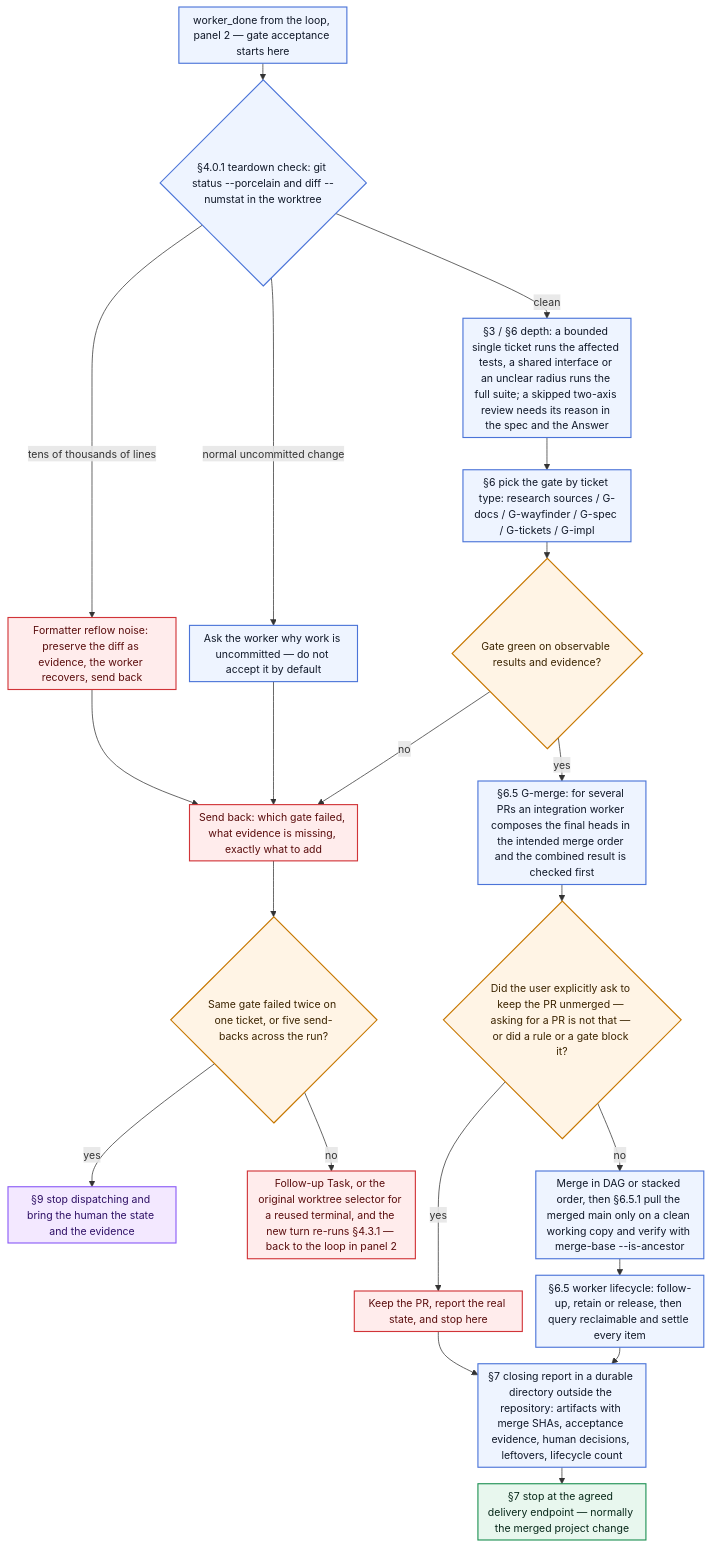
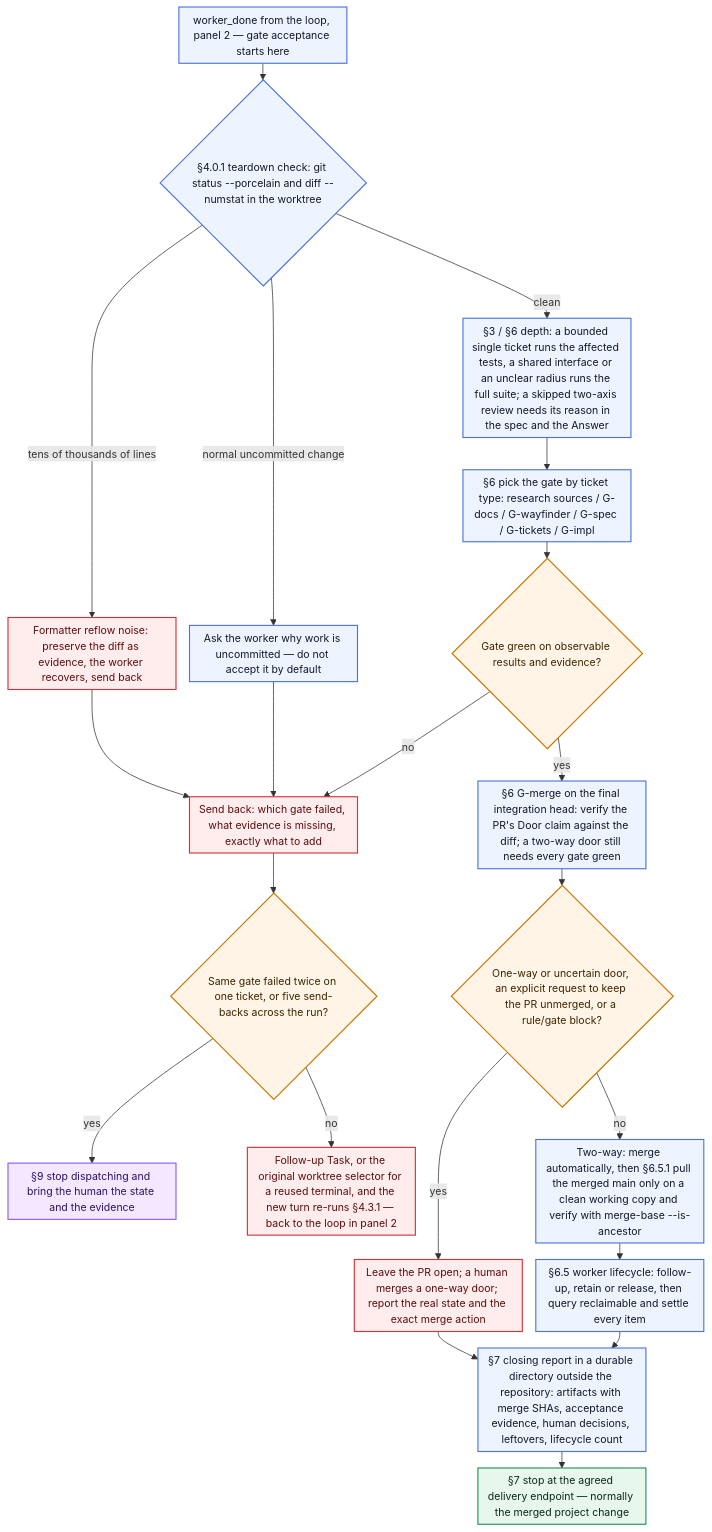
One commit to lindoo67/orchestra-auto changed the third of 4 diagrams in README.md. Above: the diagram before and after it, drawn with Mermaid. The commit also changed other lines of this file and 20 other files, not shown here.

````diff
--- a/README.md
+++ b/README.md
@@ -147,35 +157,35 @@
 ```mermaid
 %%{init: {"themeVariables": {"fontSize": "14px"}, "flowchart": {"nodeSpacing": 18, "rankSpacing": 22, "padding": 6, "diagramPadding": 4, "useMaxWidth": true}}}%%
 flowchart TD
     ACCEPT["worker_done from the loop, panel 2 — gate acceptance starts here"] --> NOISE{"§4.0.1 teardown check: git status --porcelain and diff --numstat in the worktree"}
     NOISE -->|"tens of thousands of lines"| REFORM["Formatter reflow noise: preserve the diff as evidence, the worker recovers, send back"]
     NOISE -->|"normal uncommitted change"| WHY["Ask the worker why work is uncommitted — do not accept it by default"]
     NOISE -->|"clean"| PROP["§3 / §6 depth: a bounded single ticket runs the affected tests, a shared interface or an unclear radius runs the full suite; a skipped two-axis review needs its reason in the spec and the Answer"]
     REFORM --> SEND
     WHY --> SEND
     PROP --> GATES["§6 pick the gate by ticket type: research sources / G-docs / G-wayfinder / G-spec / G-tickets / G-impl"]
     GATES --> GREEN{"Gate green on observable results and evidence?"}
     GREEN -->|"no"| SEND["Send back: which gate failed, what evidence is missing, exactly what to add"]
     SEND --> BREAK{"Same gate failed twice on one ticket, or five send-backs across the run?"}
     BREAK -->|"yes"| STOP9["§9 stop dispatching and bring the human the state and the evidence"]
     BREAK -->|"no"| RECYCLE["Follow-up Task, or the original worktree selector for a reused terminal, and the new turn re-runs §4.3.1 — back to the loop in panel 2"]
-    GREEN -->|"yes"| MERGE["§6.5 G-merge: for several PRs an integration worker composes the final heads in the intended merge order and the combined result is checked first"]
-    MERGE --> EXC{"Did the user explicitly ask to keep the PR unmerged — asking for a PR is not that — or did a rule or a gate block it?"}
-    EXC -->|"yes"| KEEP["Keep the PR, report the real state, and stop here"]
-    EXC -->|"no"| SYNC["Merge in DAG or stacked order, then §6.5.1 pull the merged main only on a clean working copy and verify with merge-base --is-ancestor"]
+    GREEN -->|"yes"| MERGE["§6 G-merge on the final integration head: verify the PR's Door claim against the diff; a two-way door still needs every gate green"]
+    MERGE --> EXC{"One-way or uncertain door, an explicit request to keep the PR unmerged, or a rule/gate block?"}
+    EXC -->|"yes"| KEEP["Leave the PR open; a human merges a one-way door; report the real state and the exact merge action"]
+    EXC -->|"no"| SYNC["Two-way: merge automatically, then §6.5.1 pull the merged main only on a clean working copy and verify with merge-base --is-ancestor"]
     KEEP --> REPORT
     SYNC --> LIFE["§6.5 worker lifecycle: follow-up, retain or release, then query reclaimable and settle every item"]
     LIFE --> REPORT["§7 closing report in a durable directory outside the repository: artifacts with merge SHAs, acceptance evidence, human decisions, leftovers, lifecycle count"]
     REPORT --> DONE_B["§7 stop at the agreed delivery endpoint — normally the merged project change"]
 
     classDef phase fill:#eef4ff,stroke:#4b74d8,color:#101828,stroke-width:1.5px
     classDef gate fill:#fff4e5,stroke:#c77700,color:#3b2400,stroke-width:1.5px
     classDef human fill:#f3e8ff,stroke:#8b5cf6,color:#2e1065,stroke-width:1.5px
     classDef stop fill:#ffecec,stroke:#d13438,color:#5a0d0d,stroke-width:1.5px
     classDef ok fill:#e8f7ee,stroke:#1f9254,color:#08281a,stroke-width:1.5px
     class ACCEPT,NOISE,WHY,PROP,GATES,MERGE,SYNC,LIFE,REPORT phase
     class GREEN,BREAK,EXC gate
     class STOP9 human
     class REFORM,SEND,KEEP,RECYCLE stop
     class DONE_B ok
 ```
````
